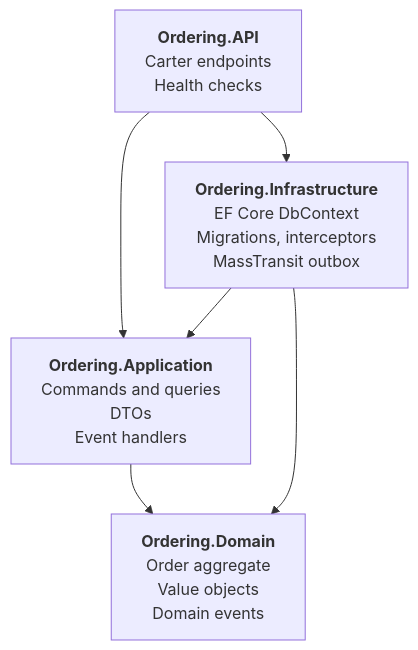
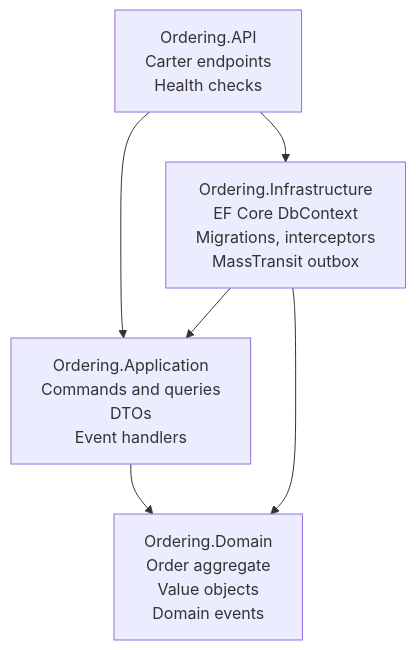
The fourth of 4 diagrams in README.md (raselahmedit09/eshop-microservices-architecture), drawn with Mermaid before and after one commit. The commit also changed other lines of this file, not shown here.

Commit message:
Refactor README.md to improve flowchart formatting and enhance clarity in architecture descriptions

````diff
--- a/README.md
+++ b/README.md
@@ -125,13 +127,14 @@
 ```mermaid
+%%{init: {"flowchart": {"htmlLabels": false}}}%%
 flowchart TB
-    api["<b>Ordering.API</b><br/>Carter endpoints<br/>Health checks"]
-    app["<b>Ordering.Application</b><br/>Commands and queries<br/>DTOs<br/>Event handlers"]
-    infra["<b>Ordering.Infrastructure</b><br/>EF Core DbContext<br/>Migrations, interceptors<br/>MassTransit outbox"]
-    domain["<b>Ordering.Domain</b><br/>Order aggregate<br/>Value objects<br/>Domain events"]
+    api["Ordering.API<br/>Carter endpoints<br/>Health checks"]
+    app["Ordering.Application<br/>Commands and queries<br/>DTOs<br/>Event handlers"]
+    infra["Ordering.Infrastructure<br/>EF Core DbContext<br/>Migrations, interceptors<br/>MassTransit outbox"]
+    domain["Ordering.Domain<br/>Order aggregate<br/>Value objects<br/>Domain events"]
 
     api --> app
     api --> infra
     infra --> app
     app --> domain
     infra --> domain
 ```
````
